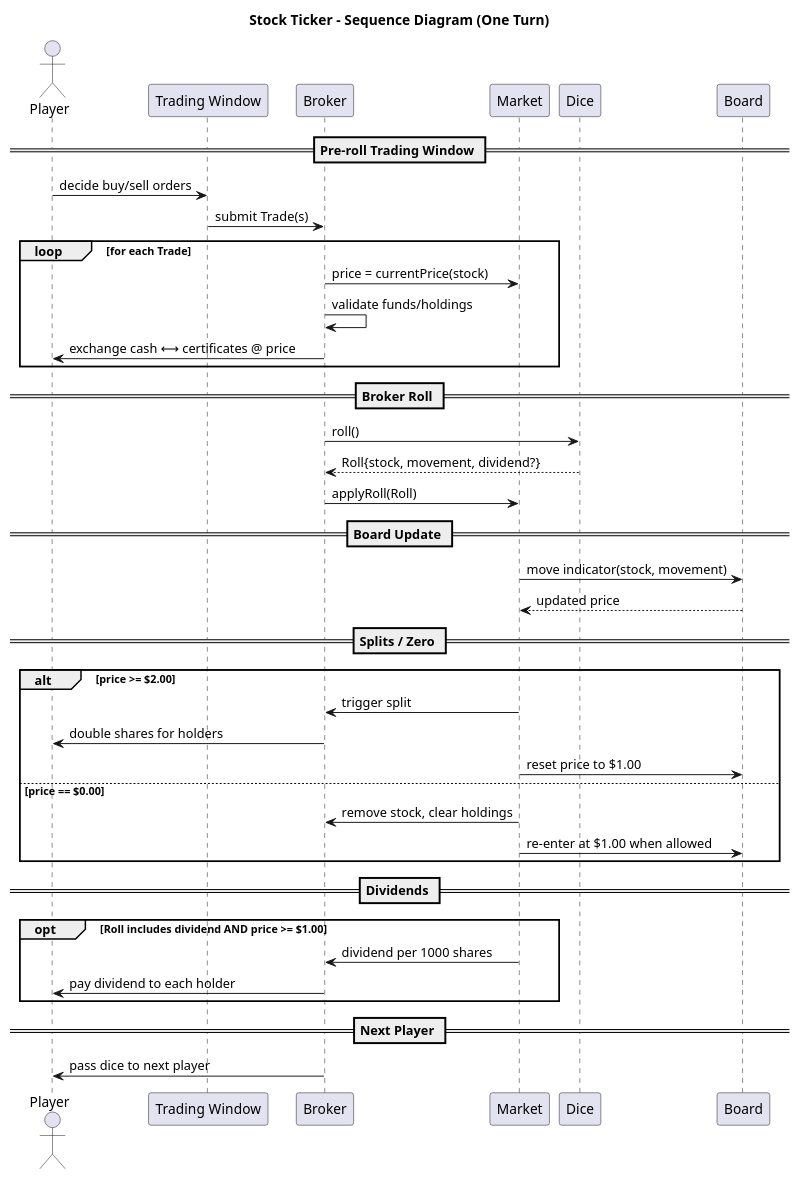
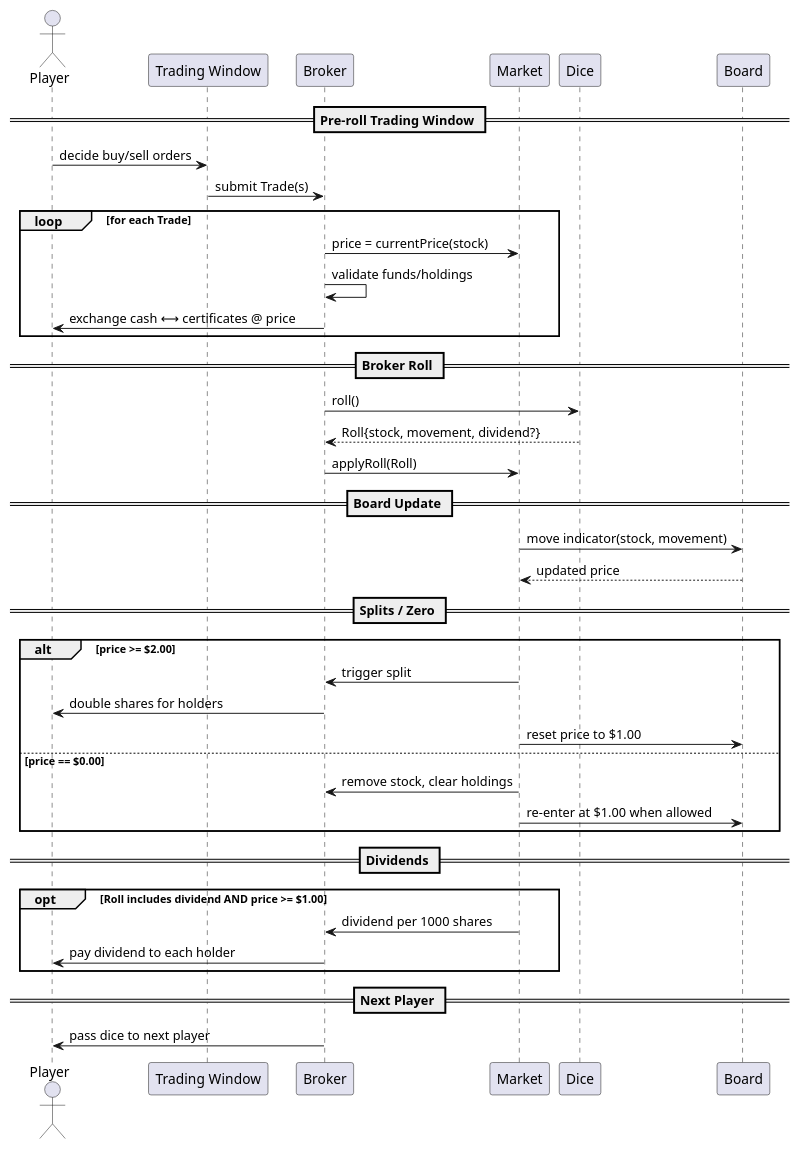
The second of 3 diagrams in README.md (hawryschuk/stock-ticker), drawn with PlantUML before and after one commit. The commit also changed other lines of this file and 4 other files, not shown here.

````diff
--- a/README.md
+++ b/README.md
@@ -103,51 +104,50 @@
 ```plantuml
 @startuml
-title Stock Ticker – Sequence Diagram (One Turn)
 
 actor Player
 participant "Trading Window" as TW
 participant Broker
 participant Market
 participant Dice
 participant Board
 
 == Pre-roll Trading Window ==
 Player -> TW: decide buy/sell orders
 TW -> Broker: submit Trade(s)
 loop for each Trade
   Broker -> Market: price = currentPrice(stock)
   Broker -> Broker: validate funds/holdings
   Broker -> Player: exchange cash ⟷ certificates @ price
 end
 
 == Broker Roll ==
 Broker -> Dice: roll()
 Dice --> Broker: Roll{stock, movement, dividend?}
 Broker -> Market: applyRoll(Roll)
 
 == Board Update ==
 Market -> Board: move indicator(stock, movement)
 Board --> Market: updated price
 
 == Splits / Zero ==
 alt price >= $2.00
   Market -> Broker: trigger split
   Broker -> Player: double shares for holders
   Market -> Board: reset price to $1.00
 else price == $0.00
   Market -> Broker: remove stock, clear holdings
   Market -> Board: re-enter at $1.00 when allowed
 end
 
 == Dividends ==
 opt Roll includes dividend AND price >= $1.00
   Market -> Broker: dividend per 1000 shares
   Broker -> Player: pay dividend to each holder
 end
 
 == Next Player ==
 Broker -> Player: pass dice to next player
 @enduml
 
 
 ```
````
